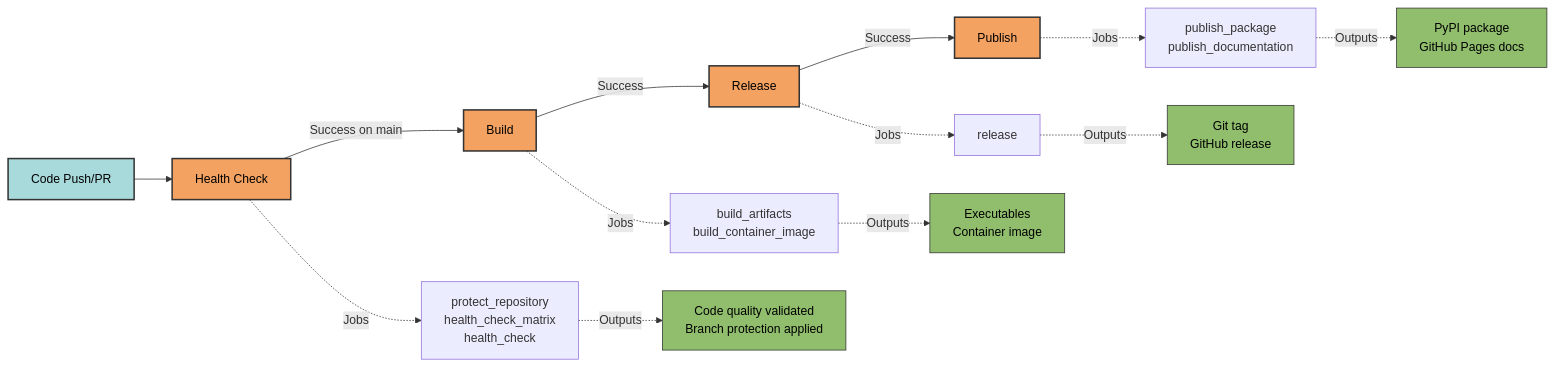
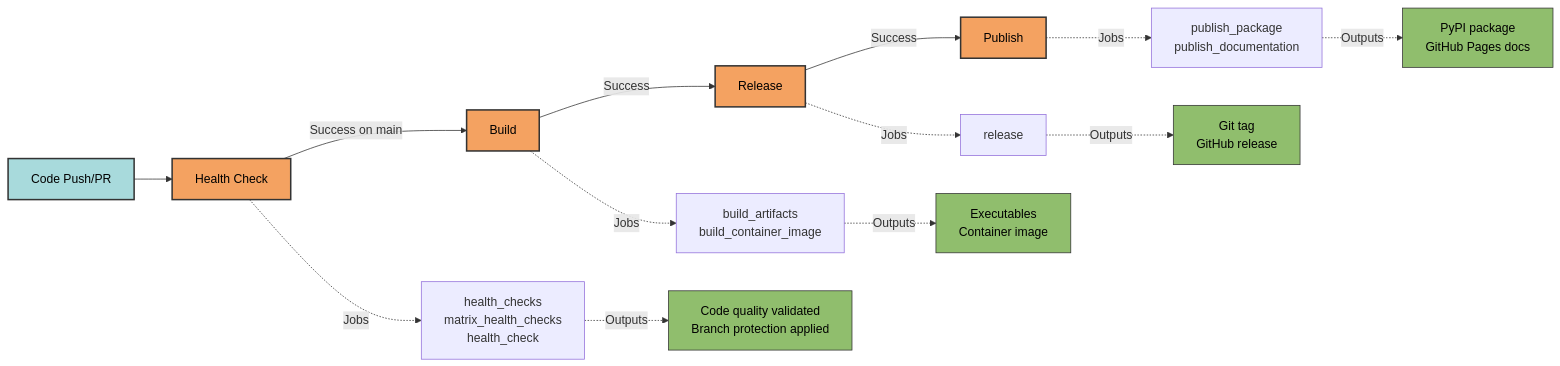
One commit to Winipedia/pyrig changed the third of 3 diagrams in docs/configs/workflows/architecture.md. Above: the diagram before and after it, drawn with Mermaid. The commit also changed other lines of this file and 15 other files, not shown here.

````diff
--- a/docs/configs/workflows/architecture.md
+++ b/docs/configs/workflows/architecture.md
@@ -117,27 +117,27 @@
 ```mermaid
 graph LR
     A[Code Push/PR] --> B[Health Check]
     B -->|Success on main| C[Build]
     C -->|Success| D[Release]
     D -->|Success| E[Publish]
 
-    B -.->|Jobs| B1[protect_repository<br/>health_check_matrix<br/>health_check]
+    B -.->|Jobs| B1[health_checks<br/>matrix_health_checks<br/>health_check]
     C -.->|Jobs| C1[build_artifacts<br/>build_container_image]
     D -.->|Jobs| D1[release]
     E -.->|Jobs| E1[publish_package<br/>publish_documentation]
 
     B1 -.->|Outputs| B2[Code quality validated<br/>Branch protection applied]
     C1 -.->|Outputs| C2[Executables<br/>Container image]
     D1 -.->|Outputs| D2[Git tag<br/>GitHub release]
     E1 -.->|Outputs| E2[PyPI package<br/>GitHub Pages docs]
 
     style A fill:#a8dadc,stroke:#333,stroke-width:2px,color:#000
     style B fill:#f4a261,stroke:#333,stroke-width:2px,color:#000
     style C fill:#f4a261,stroke:#333,stroke-width:2px,color:#000
     style D fill:#f4a261,stroke:#333,stroke-width:2px,color:#000
     style E fill:#f4a261,stroke:#333,stroke-width:2px,color:#000
     style B2 fill:#90be6d,stroke:#333,stroke-width:1px,color:#000
     style C2 fill:#90be6d,stroke:#333,stroke-width:1px,color:#000
     style D2 fill:#90be6d,stroke:#333,stroke-width:1px,color:#000
     style E2 fill:#90be6d,stroke:#333,stroke-width:1px,color:#000
 ```
````
